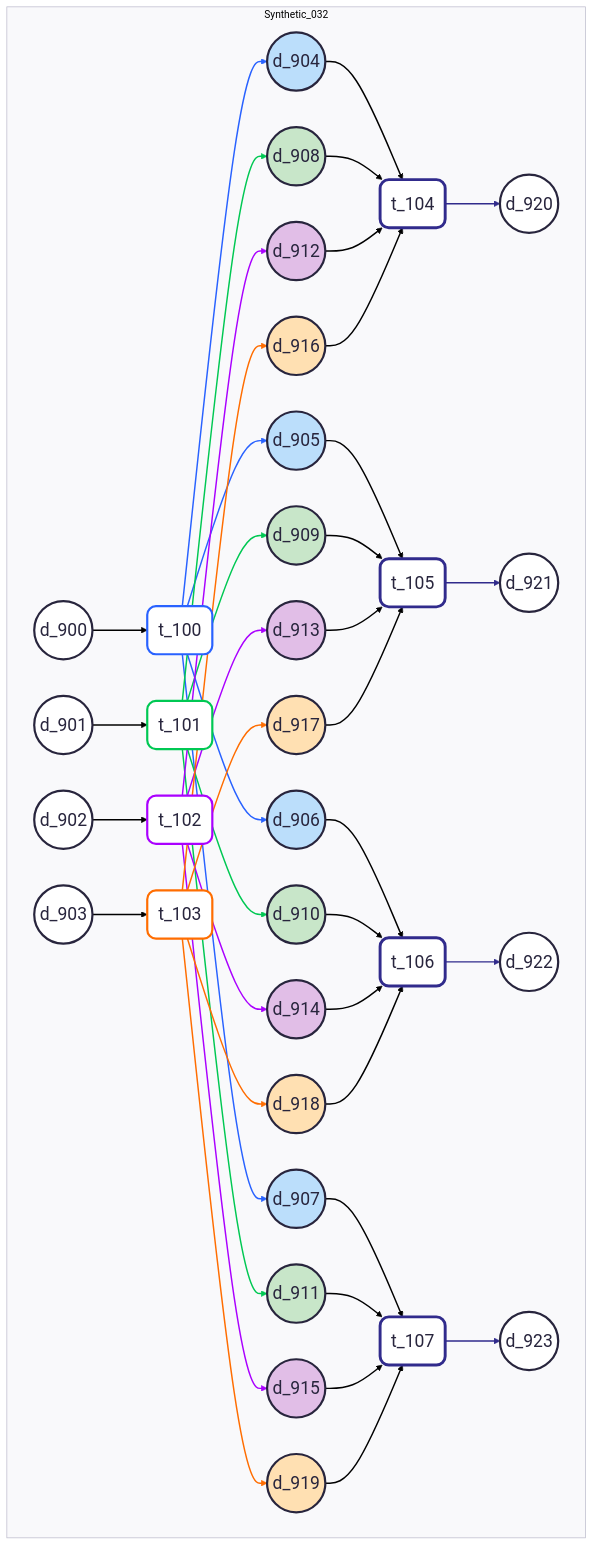
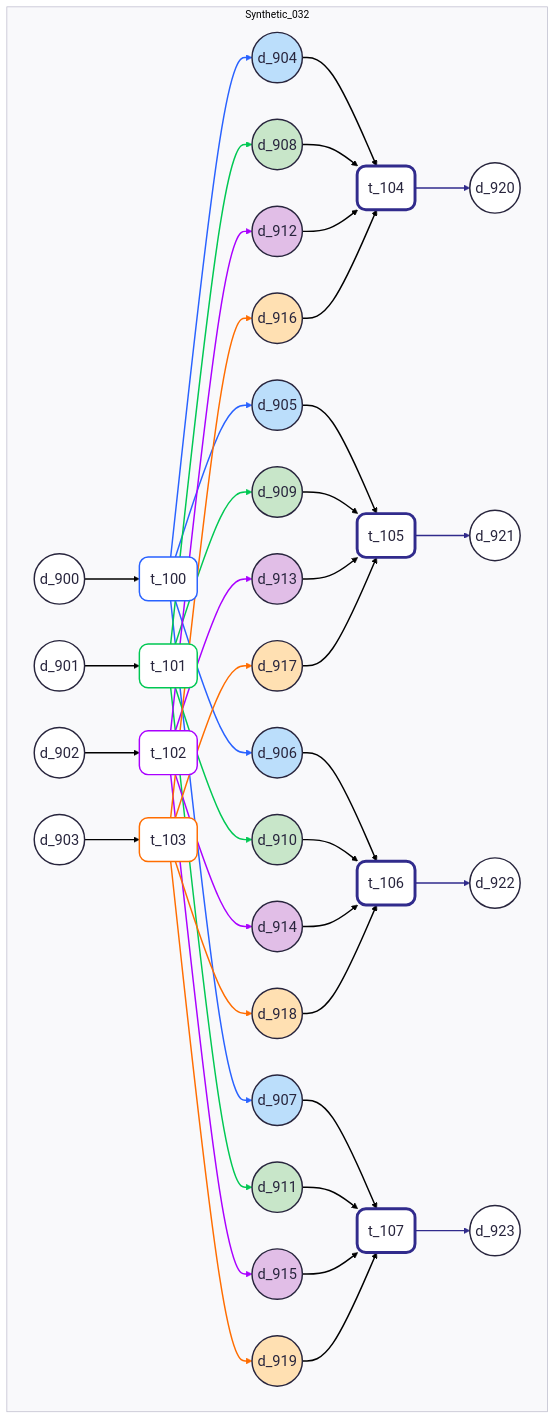
One commit to marcellowmr/instance-gen changed the diagram in data/mermaid/Synthetic_032.mermaid. Above: the diagram before and after it, drawn with Mermaid. The commit also changed 18 other files, not shown here.

Commit message:
Arquivos mermaid

```diff
--- a/data/mermaid/Synthetic_032.mermaid
+++ b/data/mermaid/Synthetic_032.mermaid
@@ -1,120 +1,119 @@
 ---
 config:
   layout: dagre
   theme: redux
   look: classic
 ---
 %% PATTERN: All-to-All / Bipartite (Shuffle)
 %% COMMENT: Workflow estruturado em um modelo bipartido complexo, o fluxo possui um estágio de execução paralelo (t0 a t3) e um estágio subsequente de consolidação cruzada (t4 a t7). A complexidade reside na matriz de dependência de dados, onde cada tarefa do segundo estágio exige frações de dados produzidas por todas as tarefas do primeiro estágio. Este cenário avalia a resiliência da infraestrutura de comunicação e dependência entre tarefas distribuídas. Totaliza 8 tarefas e 24 arquivos de dados.
 flowchart LR
-    classDef default font-size:24px, stroke-width:3px;
-    linkStyle default stroke-width:2px;
+    classDef default font-size:20px;
     subgraph Synthetic_32["Synthetic_032"]
         direction LR
             S32_d0(("d_900"))
             S32_d1(("d_901"))
             S32_d2(("d_902"))
             S32_d3(("d_903"))
             S32_d4(("d_904"))
             S32_d5(("d_905"))
             S32_d6(("d_906"))
             S32_d7(("d_907"))
             S32_d8(("d_908"))
             S32_d9(("d_909"))
             S32_d10(("d_910"))
             S32_d11(("d_911"))
             S32_d12(("d_912"))
             S32_d13(("d_913"))
             S32_d14(("d_914"))
             S32_d15(("d_915"))
             S32_d16(("d_916"))
             S32_d17(("d_917"))
             S32_d18(("d_918"))
             S32_d19(("d_919"))
             S32_d20(("d_920"))
             S32_d21(("d_921"))
             S32_d22(("d_922"))
             S32_d23(("d_923"))
             S32_t0("t_100")
             S32_t1("t_101")
             S32_t2("t_102")
             S32_t3("t_103")
             S32_t4("t_104")
             S32_t5("t_105")
             S32_t6("t_106")
             S32_t7("t_107")
     end
     S32_d0 --> S32_t0
     S32_d1 --> S32_t1
     S32_d2 --> S32_t2
     S32_d3 --> S32_t3
     S32_d4 --> S32_t4
     S32_d5 --> S32_t5
     S32_d6 --> S32_t6
     S32_d7 --> S32_t7
     S32_d8 --> S32_t4
     S32_d9 --> S32_t5
     S32_d10 --> S32_t6
     S32_d11 --> S32_t7
     S32_d12 --> S32_t4
     S32_d13 --> S32_t5
     S32_d14 --> S32_t6
     S32_d15 --> S32_t7
     S32_d16 --> S32_t4
     S32_d17 --> S32_t5
     S32_d18 --> S32_t6
     S32_d19 --> S32_t7
     S32_t0 --> S32_d4 & S32_d5 & S32_d6 & S32_d7
     S32_t1 --> S32_d8 & S32_d9 & S32_d10 & S32_d11
     S32_t2 --> S32_d12 & S32_d13 & S32_d14 & S32_d15
     S32_t3 --> S32_d16 & S32_d17 & S32_d18 & S32_d19
     S32_t4 --> S32_d20
     S32_t5 --> S32_d21
     S32_t6 --> S32_d22
     S32_t7 --> S32_d23
 
     %% Custom Styles
     style S32_d4 fill:#BBDEFB
     style S32_d5 fill:#BBDEFB
     style S32_d6 fill:#BBDEFB
     style S32_d7 fill:#BBDEFB
     style S32_d8 fill:#C8E6C9
     style S32_d9 fill:#C8E6C9
     style S32_d10 fill:#C8E6C9
     style S32_d11 fill:#C8E6C9
     style S32_d12 fill:#E1BEE7
     style S32_d13 fill:#E1BEE7
     style S32_d14 fill:#E1BEE7
     style S32_d15 fill:#E1BEE7
     style S32_d16 fill:#FFE0B2
     style S32_d17 fill:#FFE0B2
     style S32_d18 fill:#FFE0B2
     style S32_d19 fill:#FFE0B2
     style S32_t0 stroke:#2962FF
     style S32_t1 stroke:#00C853
     style S32_t2 stroke:#AA00FF
     style S32_t3 stroke:#FF6D00
     style S32_t4 stroke:#312b8c,stroke-width:4px,stroke-dasharray: 0
     style S32_t5 stroke:#312b8c,stroke-width:4px,stroke-dasharray: 0
     style S32_t6 stroke:#312b8c,stroke-width:4px,stroke-dasharray: 0
     style S32_t7 stroke:#312b8c,stroke-width:4px,stroke-dasharray: 0
     linkStyle 20 stroke:#2962FF,fill:none
     linkStyle 21 stroke:#2962FF,fill:none
     linkStyle 22 stroke:#2962FF,fill:none
     linkStyle 23 stroke:#2962FF,fill:none
     linkStyle 24 stroke:#00C853,fill:none
     linkStyle 25 stroke:#00C853,fill:none
     linkStyle 26 stroke:#00C853,fill:none
     linkStyle 27 stroke:#00C853,fill:none
     linkStyle 28 stroke:#AA00FF,fill:none
     linkStyle 29 stroke:#AA00FF,fill:none
     linkStyle 30 stroke:#AA00FF,fill:none
     linkStyle 31 stroke:#AA00FF,fill:none
     linkStyle 32 stroke:#FF6D00,fill:none
     linkStyle 33 stroke:#FF6D00,fill:none
     linkStyle 34 stroke:#FF6D00,fill:none
     linkStyle 35 stroke:#FF6D00,fill:none
     linkStyle 36 stroke:#312b8c,fill:none
     linkStyle 37 stroke:#312b8c,fill:none
     linkStyle 38 stroke:#312b8c,fill:none
     linkStyle 39 stroke:#312b8c,fill:none
```
